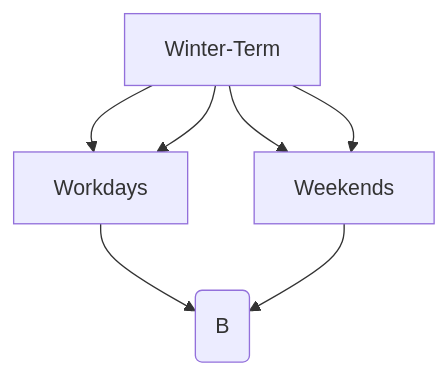
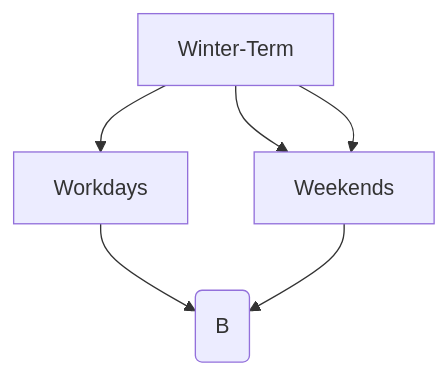
The diagram in README.md (hajri94/Predictive-Model-for-Heat-Load-in-Buildings-Connected-to-District-Heating-Network), drawn with Mermaid before and after one commit.

````diff
--- a/README.md
+++ b/README.md
@@ -71,9 +71,8 @@
 ```mermaid
 graph TD;
     Winter-Term-->Workdays;
     Winter-Term-->Weekends;    
     Workdays-->Model-(A);    
-    Winter-Term-->Workdays;
-    Winter-Term-->Weekends;    
-    Weekends-->Model-(B);
+    Winter-Term-->Weekends
+    Weekends-->Model-(B)
 ```
````
